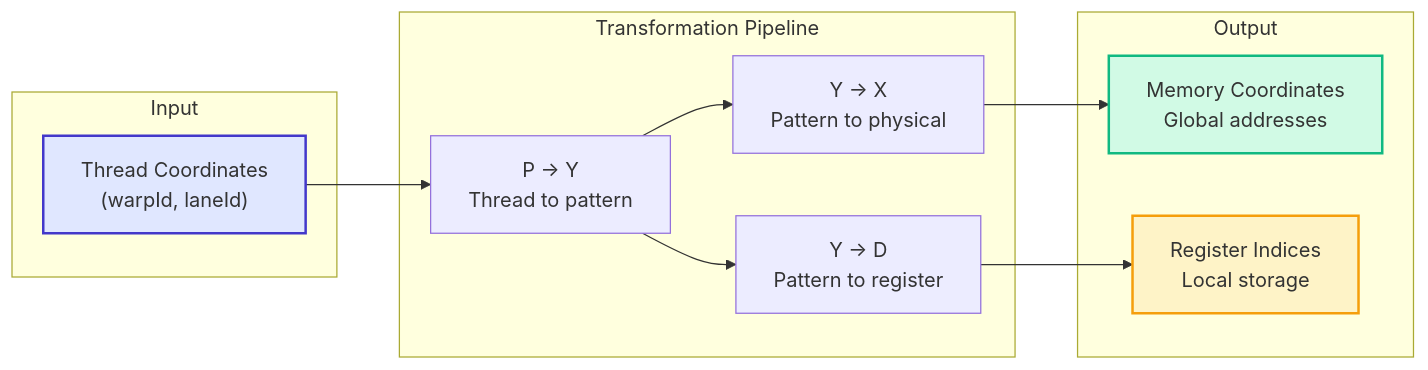
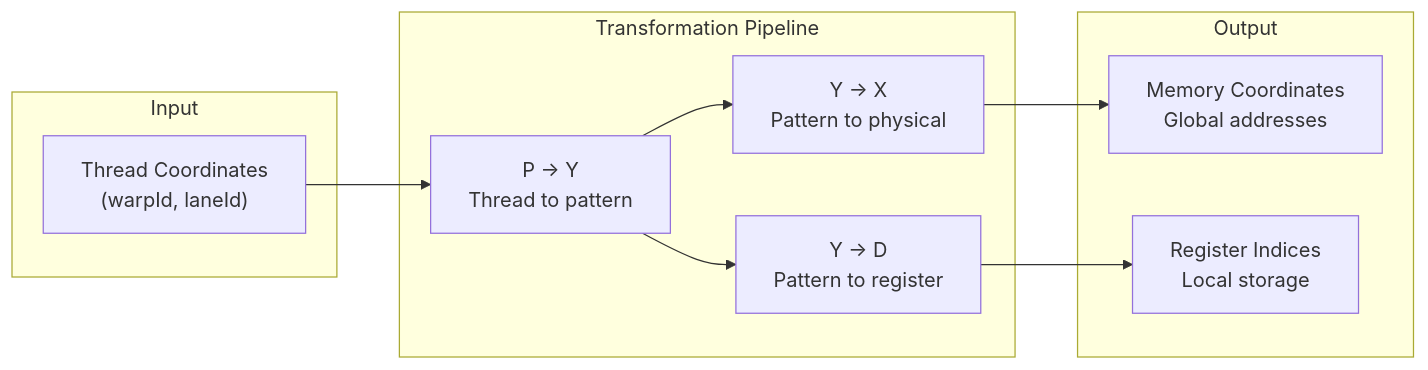
The second of 7 diagrams in projects/composablekernel/docs/conceptual/ck_tile/tile_distribution.rst (hdt98/rocm-libraries), drawn with Mermaid before and after one commit. The commit also changed other lines of this file and 21 other files, not shown here.

First line of the commit message:
[ck] Updated CK Tile documentation to use mermaid diagrams (#7955)

```diff
--- a/projects/composablekernel/docs/conceptual/ck_tile/tile_distribution.rst
+++ b/projects/composablekernel/docs/conceptual/ck_tile/tile_distribution.rst
@@ -78,27 +59,23 @@
-      .. mermaid::
-      
-         flowchart LR
-             subgraph "Input"
-                 TC["Thread Coordinates<br/>(warpId, laneId)"]
-             end
-   
-             subgraph "Transformation Pipeline"
-                 P2Y["P → Y<br/>Thread to pattern"]
-                 Y2X["Y → X<br/>Pattern to physical"]
-                 Y2D["Y → D<br/>Pattern to register"]
-             end
-   
-             subgraph "Output"
-                 MC["Memory Coordinates<br/>Global addresses"]
-                 RI["Register Indices<br/>Local storage"]
-             end
-   
-             TC --> P2Y
-             P2Y --> Y2X
-             P2Y --> Y2D
-             Y2X --> MC
-             Y2D --> RI
-   
-             style TC fill:#e0e7ff,stroke:#4338ca,stroke-width:2px
-             style MC fill:#d1fae5,stroke:#10b981,stroke-width:2px
-             style RI fill:#fef3c7,stroke:#f59e0b,stroke-width:2px
+.. mermaid::
+
+   flowchart LR
+       subgraph "Input"
+           TC["Thread Coordinates<br/>(warpId, laneId)"]
+       end
+
+       subgraph "Transformation Pipeline"
+           P2Y["P → Y<br/>Thread to pattern"]
+           Y2X["Y → X<br/>Pattern to physical"]
+           Y2D["Y → D<br/>Pattern to register"]
+       end
+
+       subgraph "Output"
+           MC["Memory Coordinates<br/>Global addresses"]
+           RI["Register Indices<br/>Local storage"]
+       end
+
+       TC --> P2Y
+       P2Y --> Y2X
+       P2Y --> Y2D
+       Y2X --> MC
+       Y2D --> RI
```
